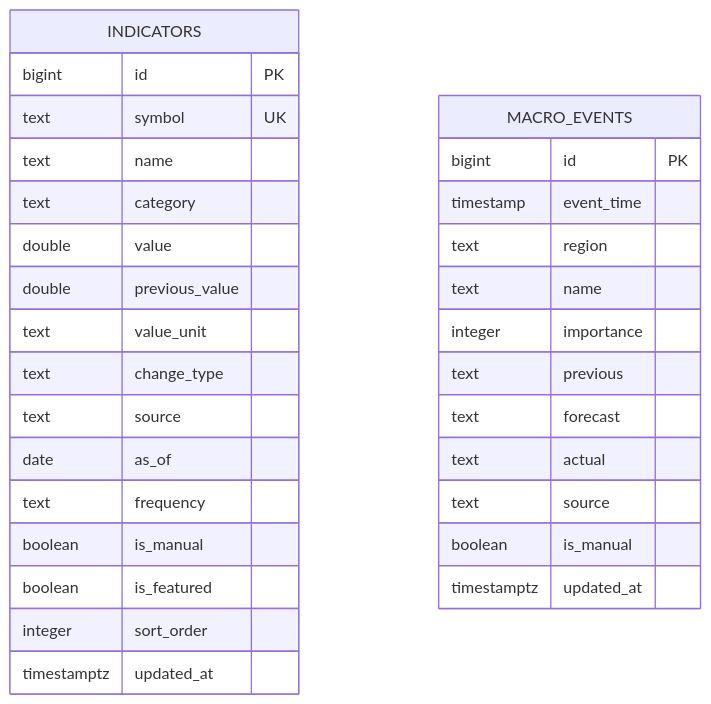
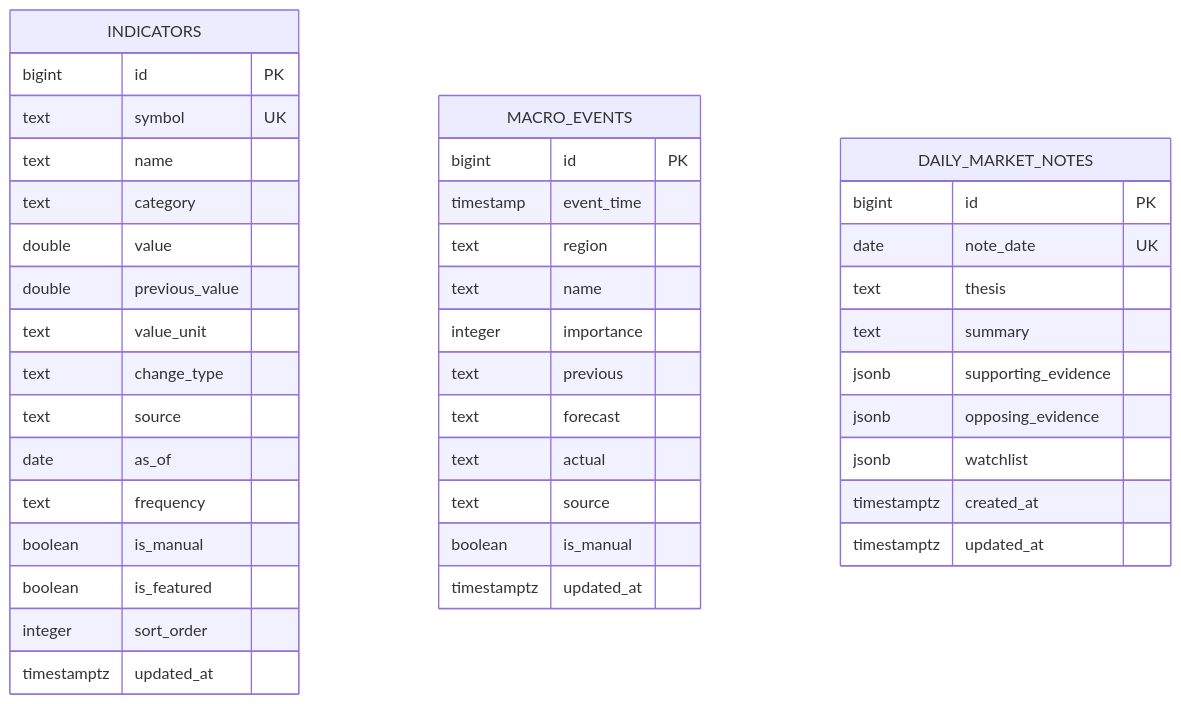
One commit to ache66666/trade-dashboard changed the diagram in docs/11-DATABASE.md. Above: the diagram before and after it, drawn with Mermaid. The commit also changed other lines of this file and 16 other files, not shown here.

````diff
--- a/docs/11-DATABASE.md
+++ b/docs/11-DATABASE.md
@@ -16,34 +17,46 @@
 ```mermaid
 erDiagram
     INDICATORS {
         bigint id PK
         text symbol UK
         text name
         text category
         double value
         double previous_value
         text value_unit
         text change_type
         text source
         date as_of
         text frequency
         boolean is_manual
         boolean is_featured
         integer sort_order
         timestamptz updated_at
     }
 
     MACRO_EVENTS {
         bigint id PK
         timestamp event_time
         text region
         text name
         integer importance
         text previous
         text forecast
         text actual
         text source
         boolean is_manual
         timestamptz updated_at
     }
+
+    DAILY_MARKET_NOTES {
+        bigint id PK
+        date note_date UK
+        text thesis
+        text summary
+        jsonb supporting_evidence
+        jsonb opposing_evidence
+        jsonb watchlist
+        timestamptz created_at
+        timestamptz updated_at
+    }
 ```
````
